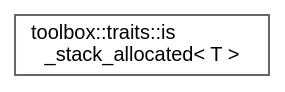
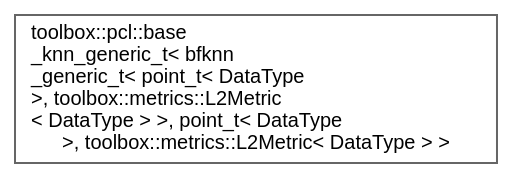
Before and after one commit to nerdneilsfield/cpp-toolbox: the diagram in inherit_graph_97.dot, drawn with Graphviz. The commit also changed 771 other files, not shown here.

```diff
--- a/inherit_graph_97.dot
+++ b/inherit_graph_97.dot
@@ -1,9 +1,9 @@
 digraph "Graphical Class Hierarchy"
 {
  // LATEX_PDF_SIZE
   bgcolor="transparent";
   edge [fontname=Helvetica,fontsize=10,labelfontname=Helvetica,labelfontsize=10];
   node [fontname=Helvetica,fontsize=10,shape=box,height=0.2,width=0.4];
   rankdir="LR";
-  Node0 [id="Node000000",label="toolbox::traits::is\l_stack_allocated\< T \>",height=0.2,width=0.4,color="grey40", fillcolor="white", style="filled",URL="$structtoolbox_1_1traits_1_1is__stack__allocated.html",tooltip="检查类型是否可以栈分配/Check if type can be stack allocated"];
+  Node0 [id="Node000000",label="toolbox::pcl::base\l_knn_generic_t\< bfknn\l_generic_t\< point_t\< DataType\l \>, toolbox::metrics::L2Metric\l\< DataType \> \>, point_t\< DataType\l \>, toolbox::metrics::L2Metric\< DataType \> \>",height=0.2,width=0.4,color="grey40", fillcolor="white", style="filled",URL="$classtoolbox_1_1pcl_1_1base__knn__generic__t.html",tooltip=" "];
 }
```
